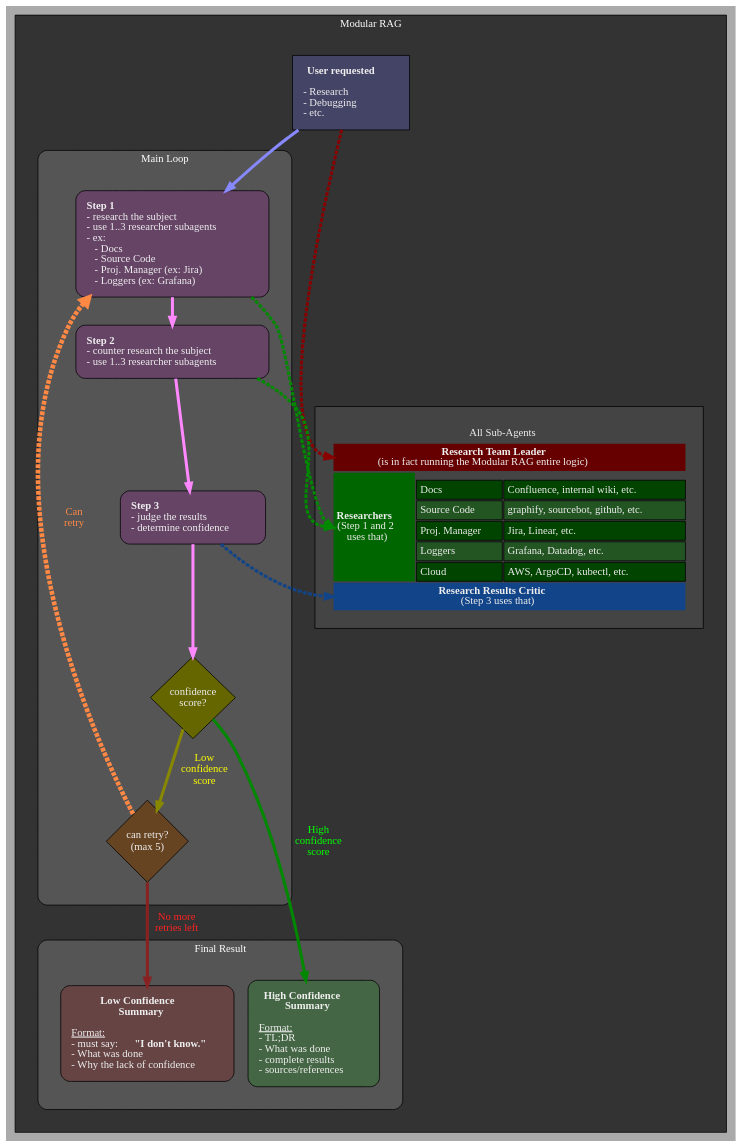
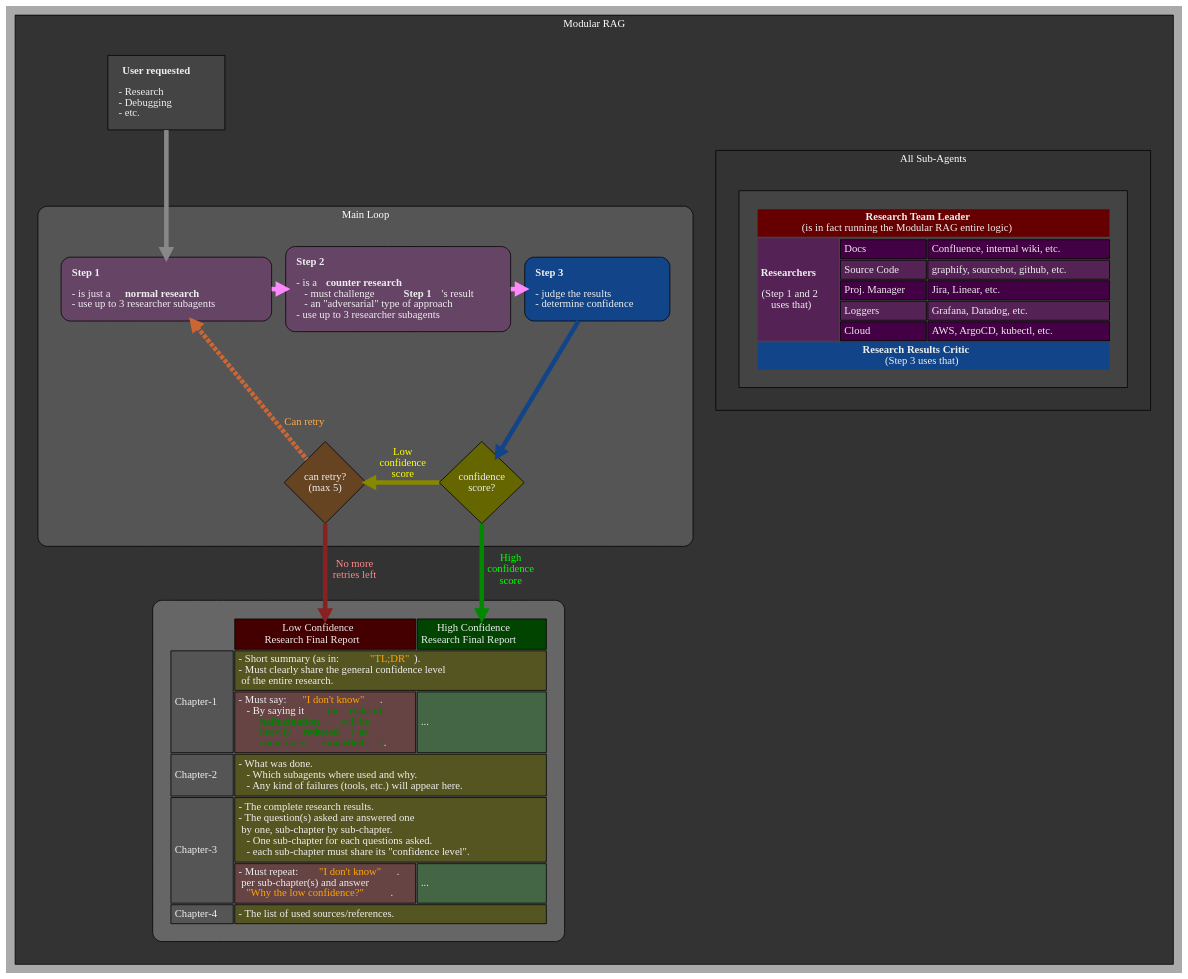
The diagram in LLMs/modular-rag/diagrams/modular-rag.dot (GuillaumeBouchetEpitech/some-teaching-material), drawn with Graphviz before and after one commit. The commit also changed 3 other files, not shown here.

Commit message:
added some "Modular RAG" related details (better diagram using graphviz "dot", png)

```diff
--- a/LLMs/modular-rag/diagrams/modular-rag.dot
+++ b/LLMs/modular-rag/diagrams/modular-rag.dot
@@ -15,9 +15,9 @@
   edge [
     fontcolor="#ffffff"
     color="#aaaaaa"
-    penwidth=4.0
+    penwidth=6.0
     len=1.0
-    minlen=1.0
+    minlen=0.0
   ]
 
   subgraph modular_rag {
@@ -28,7 +28,7 @@
     // lheight=5.0
     margin="30.0"
 
-    research [label=< <b>User requested</b><br/><br/>- Research<br align="left"/>- Debugging<br align="left"/>- etc.<br align="left"/>> shape="box" fillcolor="#444466"]
+    research [label=< <b>User requested</b><br/><br/>- Research<br align="left"/>- Debugging<br align="left"/>- etc.<br align="left"/>> shape="box" fillcolor="#444444"]
 
     subgraph main_loop {
       label = "Main Loop"
@@ -41,19 +41,23 @@
       node [fillcolor="#664466"]
 
       step1 [label=<<b>Step 1</b>
-<br align="left"/>- research the subject
-<br align="left"/>- use 1..3 researcher subagents
-<br align="left"/>- ex:
-<br align="left"/>    - Docs
-<br align="left"/>    - Source Code
-<br align="left"/>    - Proj. Manager (ex: Jira)
-<br align="left"/>    - Loggers (ex: Grafana)
+<br align="left"/>
+<br align="left"/>- is just a <b>normal research</b>
+<br align="left"/>- use up to 3 researcher subagents
 <br align="left"/>>]
+
       step2 [label=<<b>Step 2</b>
-<br align="left"/>- counter research the subject
-<br align="left"/>- use 1..3 researcher subagents
+<br align="left"/>
+<br align="left"/>- is a <b>counter research</b>
+<br align="left"/>    - must challenge <b>Step 1</b>'s result
+<br align="left"/>    - an "adversarial" type of approach
+<br align="left"/>- use up to 3 researcher subagents
 <br align="left"/>>]
+
+      node [fillcolor="#114488"]
+
       step3 [label=<<b>Step 3</b>
+<br align="left"/>
 <br align="left"/>- judge the results
 <br align="left"/>- determine confidence
 <br align="left"/>>]
@@ -68,66 +72,130 @@
       node [margin="0.0" width="0.0" height="0.0"]
     }
 
-    subgraph results {
-      label = "Final Result"
-      fontcolor="#ffffff"
-      bgcolor="#555555"
-      style="filled,rounded"
-      cluster=true
+    // subgraph results {
+    //   label = "Final Result"
+    //   fontcolor="#ffffff"
+    //   bgcolor="#555555"
+    //   style="filled,rounded"
+    //   cluster=true
 
       node [style="filled,rounded"]
 
-      summarize [label=<<b>High Confidence<br/>Summary</b><br/><br/><u>Format:</u><br align="left"/>- TL;DR<br align="left"/>- What was done<br align="left"/>- complete results<br align="left"/>- sources/references<br align="left"/>> fillcolor="#446644"]
-      low_confidence [label=<<b>Low Confidence<br/>Summary</b><br/><br/><u>Format:</u><br align="left"/>- must say: <b>"I don't know."</b><br align="left"/>- What was done<br align="left"/>- Why the lack of confidence<br align="left"/>> fillcolor="#664444"]
+      final_result [label=<
+        <table border="0" cellpadding="4">
+
+          <tr>
+            <td colspan="1"></td>
+            <td PORT="low_confidence" bgcolor="#440000" border="1" align="center" colspan="1">Low Confidence<br/>Research Final Report</td>
+            <td PORT="high_confidence" bgcolor="#004400" border="1" align="center" colspan="1">High Confidence<br/>Research Final Report</td>
+          </tr>
+
+          <tr>
+            <td bgcolor="#555555" border="1" align="left" colspan="1" rowspan="2">Chapter-1</td>
+             <td bgcolor="#555522" border="1" align="left" colspan="2">
+- Short summary (as in: <font color="orange">"TL;DR"</font>).<br align="left"/>
+- Must clearly share the general confidence level<br align="left"/>
+  of the entire research.<br align="left"/></td>
+         </tr>
+
+          <tr>
+            <td bgcolor="#664444" border="1" align="left" colspan="1">
+- Must say: <font color="orange">"I don't know"</font>.<br align="left"/>
+    - By saying it <font color="green">the <b>risks of</b></font><br align="left"/>
+      <font color="green"><b>hallucination</b> will be</font><br align="left"/>
+      <font color="green">heavily <b>reduced</b> (<b>or</b></font><br align="left"/>
+      <font color="green">sometimes <b>cancelled</b>)</font>.<br align="left"/>
+</td>
+            <td bgcolor="#446644" border="1" align="left" colspan="1">...</td>
+          </tr>
+
+          <tr>
+            <td bgcolor="#555555" border="1" align="left" colspan="1">Chapter-2</td>
+            <td bgcolor="#555522" border="1" align="left" colspan="2">
+- What was done.<br align="left"/>
+    - Which subagents where used and why.<br align="left"/>
+    - Any kind of failures (tools, etc.) will appear here.</td>
+          </tr>
+
+          <tr>
+            <td bgcolor="#555555" border="1" align="left" colspan="1" rowspan="2">Chapter-3</td>
+            <td bgcolor="#555522" border="1" align="left" colspan="2">
+- The complete research results.<br align="left"/>
+- The question(s) asked are answered one<br align="left"/>
+  by one, sub-chapter by sub-chapter.<br align="left"/>
+    - One sub-chapter for each questions asked.<br align="left"/>
+    - each sub-chapter must share its "confidence level".<br align="left"/></td>
+          </tr>
+
+          <tr>
+            <td bgcolor="#664444" border="1" align="left" colspan="1">
+- Must repeat: <font color="orange">"I don't know"</font>.<br align="left"/>
+  per sub-chapter(s) and answer<br align="left"/>
+  <font color="orange">"Why the low confidence?"</font>.<br align="left"/></td>
+            <td bgcolor="#446644" border="1" align="left" colspan="1">...</td>
+          </tr>
+
+          <tr>
+            <td bgcolor="#555555" border="1" align="left" colspan="1">Chapter-4</td>
+            <td bgcolor="#555522" border="1" align="left" colspan="2">- The list of used sources/references.</td>
+          </tr>
+
+        </table>>
+        margin="0.3" fillcolor="#666666"]
+
 
       node [margin="0.15"]
-    }
+    // }
 
     node [style="filled"]
     node [fillcolor="#444444"]
 
-    all_subagents [label=<
-  <table border="0" cellpadding="4">
-  <tr><td colspan="3">All Sub-Agents</td></tr>
+    subgraph cluster_subagents {
 
-  <tr><td PORT="leader" bgcolor="#660000" colspan="3"><b>Research Team Leader</b><br/>(is in fact running the Modular RAG entire logic)</td></tr>
+      label = "All Sub-Agents"
 
-  <tr><td PORT="worker" bgcolor="#006600" rowspan="6" colspan="1"><b>Researchers</b><br/>(Step 1 and 2<br/>uses that)</td><td colspan="2"></td></tr>
-  <tr><td bgcolor="#004400"  border="1" align="left" colspan="1">Docs</td><td bgcolor="#004400"  border="1" align="left" colspan="1">Confluence, internal wiki, etc.</td></tr>
-  <tr><td bgcolor="#225522"  border="1" align="left" colspan="1">Source Code</td><td bgcolor="#225522"  border="1" align="left" colspan="1">graphify, sourcebot, github, etc.</td></tr>
-  <tr><td bgcolor="#004400"  border="1" align="left" colspan="1">Proj. Manager</td><td bgcolor="#004400"  border="1" align="left" colspan="1">Jira, Linear, etc.</td></tr>
-  <tr><td bgcolor="#225522"  border="1" align="left" colspan="1">Loggers</td><td bgcolor="#225522"  border="1" align="left" colspan="1">Grafana, Datadog, etc.</td></tr>
-  <tr><td bgcolor="#004400"  border="1" align="left" colspan="1">Cloud</td><td bgcolor="#004400"  border="1" align="left" colspan="1">AWS, ArgoCD, kubectl, etc.</td></tr>
+      all_subagents [label=<
+        <table border="0" cellpadding="4">
+        <tr><td PORT="leader" bgcolor="#660000" colspan="3"><b>Research Team Leader</b><br/>(is in fact running the Modular RAG entire logic)</td></tr>
 
-  <tr><td PORT="critic" bgcolor="#114488" colspan="3"><b>Research Results Critic</b><br/>(Step 3 uses that)</td></tr>
-  </table>>
-  margin="0.3"]
+        <tr><td PORT="worker" bgcolor="#552255" rowspan="6" colspan="1"><b>Researchers</b><br/><br/>(Step 1 and 2<br/>uses that)</td></tr>
+        <tr><td bgcolor="#440044"  border="1" align="left" colspan="1">Docs</td><td bgcolor="#440044"  border="1" align="left" colspan="1">Confluence, internal wiki, etc.</td></tr>
+        <tr><td bgcolor="#552255"  border="1" align="left" colspan="1">Source Code</td><td bgcolor="#552255"  border="1" align="left" colspan="1">graphify, sourcebot, github, etc.</td></tr>
+        <tr><td bgcolor="#440044"  border="1" align="left" colspan="1">Proj. Manager</td><td bgcolor="#440044"  border="1" align="left" colspan="1">Jira, Linear, etc.</td></tr>
+        <tr><td bgcolor="#552255"  border="1" align="left" colspan="1">Loggers</td><td bgcolor="#552255"  border="1" align="left" colspan="1">Grafana, Datadog, etc.</td></tr>
+        <tr><td bgcolor="#440044"  border="1" align="left" colspan="1">Cloud</td><td bgcolor="#440044"  border="1" align="left" colspan="1">AWS, ArgoCD, kubectl, etc.</td></tr>
+
+        <tr><td PORT="critic" bgcolor="#114488" colspan="3"><b>Research Results Critic</b><br/>(Step 3 uses that)</td></tr>
+        </table>>
+        margin="0.3"]
+
+    }
 
   }
 
-  research -> step1 [color="#8888ff"]
+  research -> step1 [color="#888888" minlen=1.0]
 
   edge  [color="#ff88ff"]
-  step1 -> step2
-  step2 -> step3
-  step3 -> step3_1
-  step3_1 -> step3_2 [label=" Low\nconfidence\nscore" fontcolor="#ffff00" color="#888800"]
-  step1 -> step3_2 [label="Can\nretry\n" fontcolor="#ff8844" color="#ff8844" dir="back" style="dashed" penwidth=6]
-  step3_2 -> low_confidence [label=" No more\nretries left\n" fontcolor="#ff2222" color="#882222"]
-  step3_1 -> summarize [label="High\nconfidence\nscore" fontcolor="#00ff00" color="#008800"]
+  step1 -> step2 [minlen=0.0]
+  step2 -> step3 [minlen=0.0]
+  edge  [color="#114488"]
+  step3 -> step3_1 [minlen=1.0]
+  step3_1 -> step3_2 [label=" Low\nconfidence\nscore" fontcolor="#ffff00" color="#888800" minlen=0.0]
+  step1 -> step3_2 [label="Can retry\n" fontcolor="#ffaa44" color="#cc6633" dir="back" style="dashed" penwidth=6]
+
+  step3_2 -> final_result:low_confidence [label=" No more\nretries left\n" fontcolor="#ff8888" color="#882222" minlen=1.0]
+  step3_1 -> final_result:high_confidence [label="High\nconfidence\nscore" fontcolor="#00ff00" color="#008800" minlen=1.0]
+
 
   edge [
-    fontcolor="#ffffff"
-    color="#4488ff"
-    style="dashed"
-    penwidth=4.0
     len=0.0
     minlen=0.0
   ]
 
-  research -> all_subagents:leader [label="" color="#880000" fontcolor="#ff8888"]
-  step1 -> all_subagents:worker [label="" color="#008800" fontcolor="#88ff88"]
-  step2 -> all_subagents:worker [label="" color="#008800" fontcolor="#88ff88"]
-  step3 -> all_subagents:critic [label="" color="#114488" fontcolor="#66aaff"]
+  // research -> all_subagents:leader [label="" color="#880000" fontcolor="#ff8888"]
+  // step1 -> all_subagents:worker [label="" color="#008800" fontcolor="#88ff88"]
+  // step2 -> all_subagents:worker [label="" color="#008800" fontcolor="#88ff88"]
+  // step3 -> all_subagents:critic [label="" color="#114488" fontcolor="#66aaff"]
+  step3 -> all_subagents:critic [style="invis"]
 
 }
```
